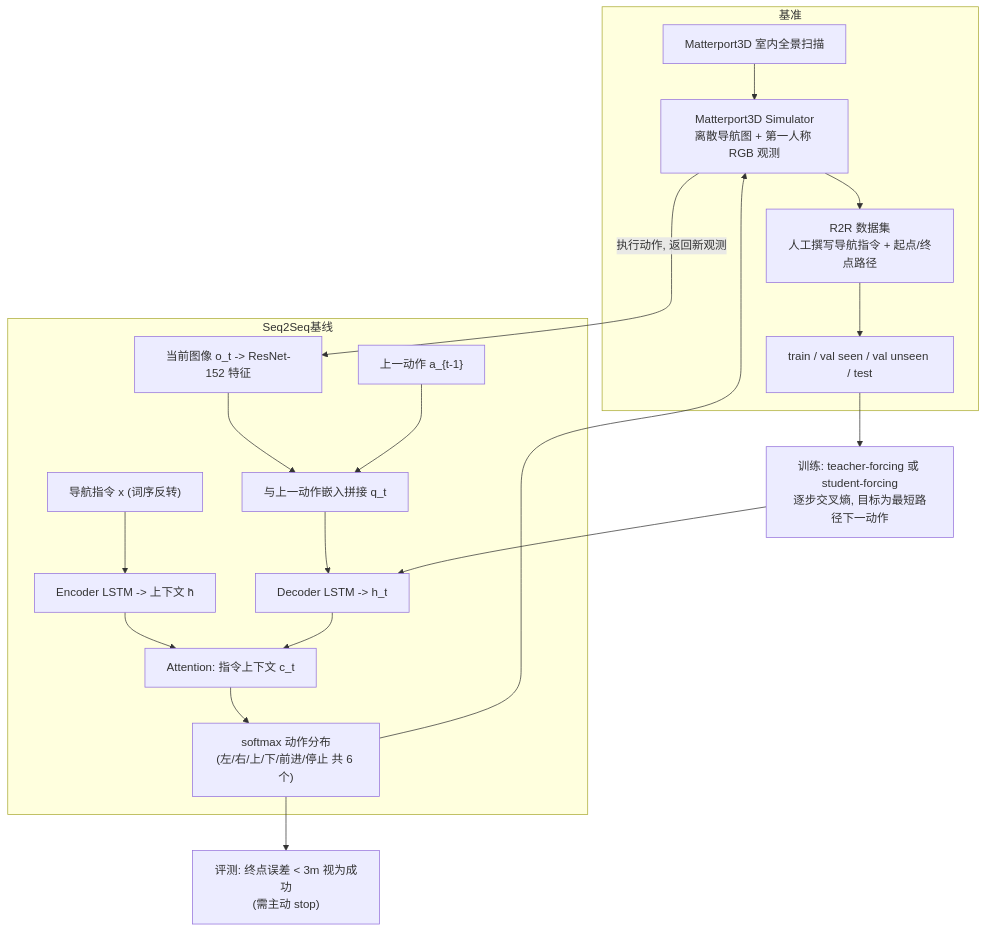
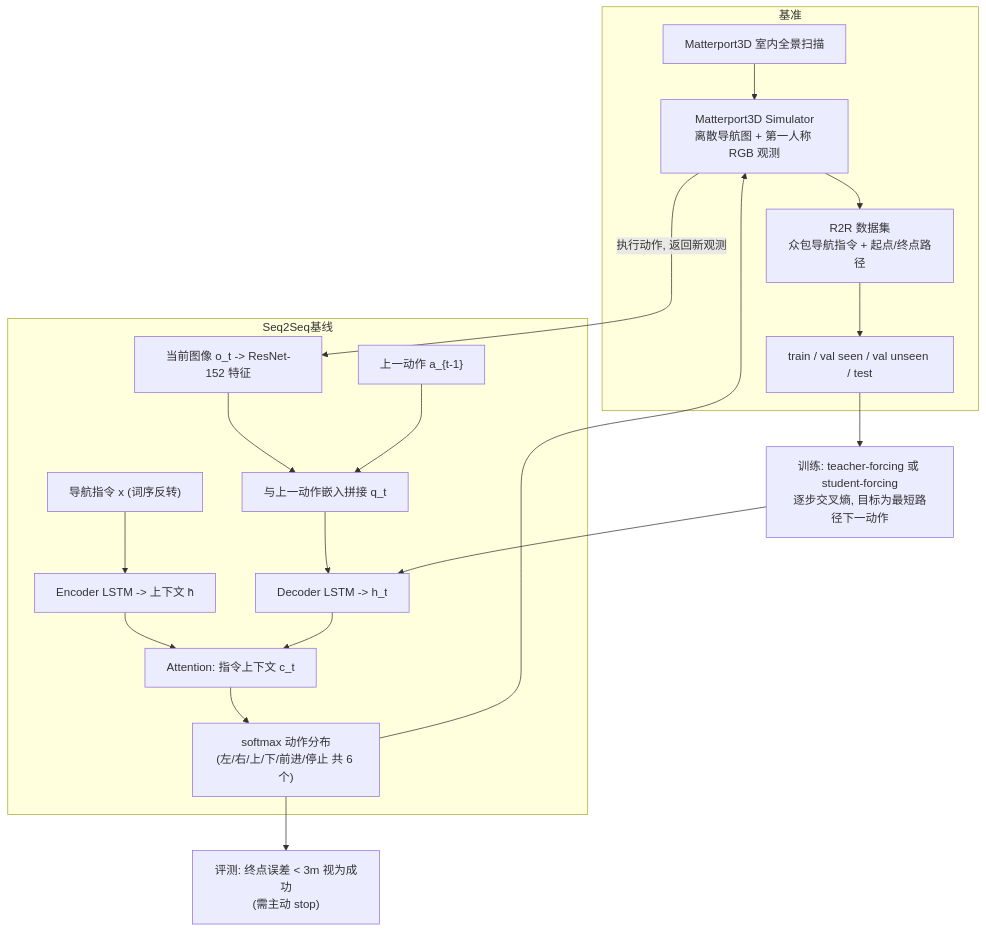
One commit to ImChong/Robotics_Notebooks changed the diagram in wiki/entities/paper-vln-01-r2r.md. Above: the diagram before and after it, drawn with Mermaid. The commit also changed 6 other files, not shown here.

First line of the commit message:
wiki: 第 5 批补 Mermaid 流程总览（进行中）

````diff
--- a/wiki/entities/paper-vln-01-r2r.md
+++ b/wiki/entities/paper-vln-01-r2r.md
@@ -42,22 +42,22 @@
 ```mermaid
 flowchart TD
     subgraph 基准
         MP["Matterport3D 室内全景扫描"] --> SIM["Matterport3D Simulator<br/>离散导航图 + 第一人称 RGB 观测"]
-        SIM --> DATA["R2R 数据集<br/>人工撰写导航指令 + 起点/终点路径"]
+        SIM --> DATA["R2R 数据集<br/>众包导航指令 + 起点/终点路径"]
         DATA --> SPLIT["train / val seen / val unseen / test"]
     end
     subgraph Seq2Seq基线
         INS["导航指令 x (词序反转)"] --> ENC["Encoder LSTM -> 上下文 h̄"]
         OBS["当前图像 o_t -> ResNet-152 特征"] --> CAT["与上一动作嵌入拼接 q_t"]
         PREV["上一动作 a_{t-1}"] --> CAT
         CAT --> DEC["Decoder LSTM -> h_t"]
         ENC --> ATT["Attention: 指令上下文 c_t"]
         DEC --> ATT
         ATT --> ACT["softmax 动作分布<br/>(左/右/上/下/前进/停止 共 6 个)"]
     end
     SIM -->|"执行动作, 返回新观测"| OBS
     ACT --> SIM
     SPLIT --> TRAIN["训练: teacher-forcing 或 student-forcing<br/>逐步交叉熵, 目标为最短路径下一动作"]
     TRAIN --> DEC
     ACT --> EVAL["评测: 终点误差 < 3m 视为成功<br/>(需主动 stop)"]
 ```
````
